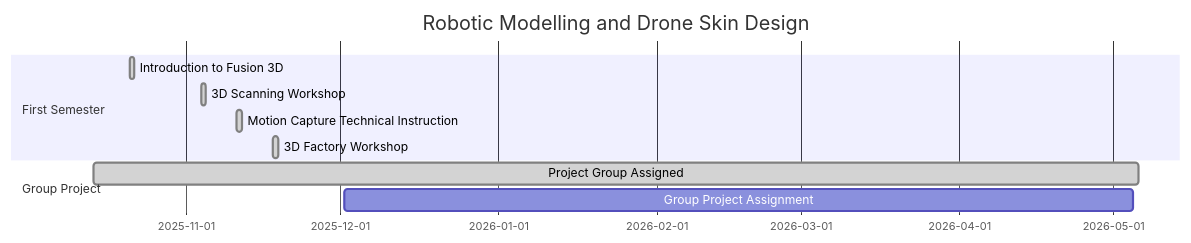
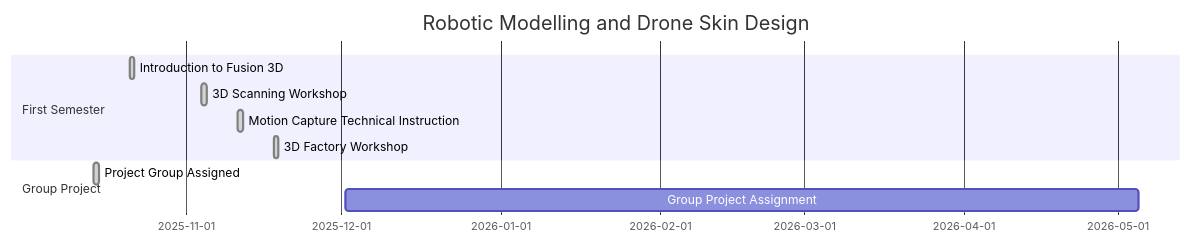
Before and after one commit to mead-one/mead-one.github.io: the diagram in README.md, drawn with Mermaid.

Commit message:
Corrected group assignment length

````diff
--- a/README.md
+++ b/README.md
@@ -6,15 +6,15 @@
 ```mermaid
 gantt
     dateformat YYYY-MM-DD
     title Robotic Modelling and Drone Skin Design
 
     section First Semester
     Introduction to Fusion 3D       :done,  fusionintro, 2025-10-21, 1d
     3D Scanning Workshop            :done,  3dscanintro, 2025-11-04, 1d
     Motion Capture Technical Instruction    :done, mocapintro, 2025-11-11, 1d
     3D Factory Workshop             :done, 3dfactoryintro, 2025-11-18, 1d
 
     section Group Project
-    Project Group Assigned          :done,  groupassigned, 2025-10-14, 2026-05-06
+    Project Group Assigned          :done,  groupassigned, 2025-10-14, 1d
     Group Project Assignment        : groupproject, 2025-12-02, 2026-05-05
 ```
````
